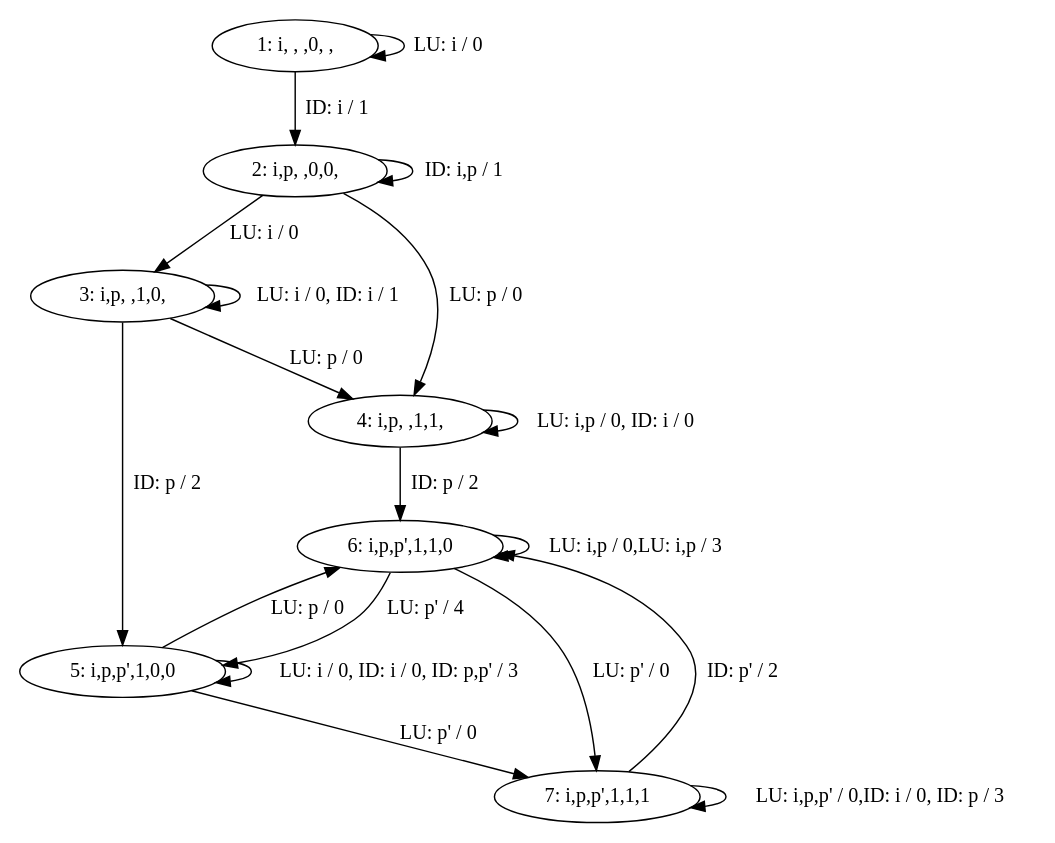
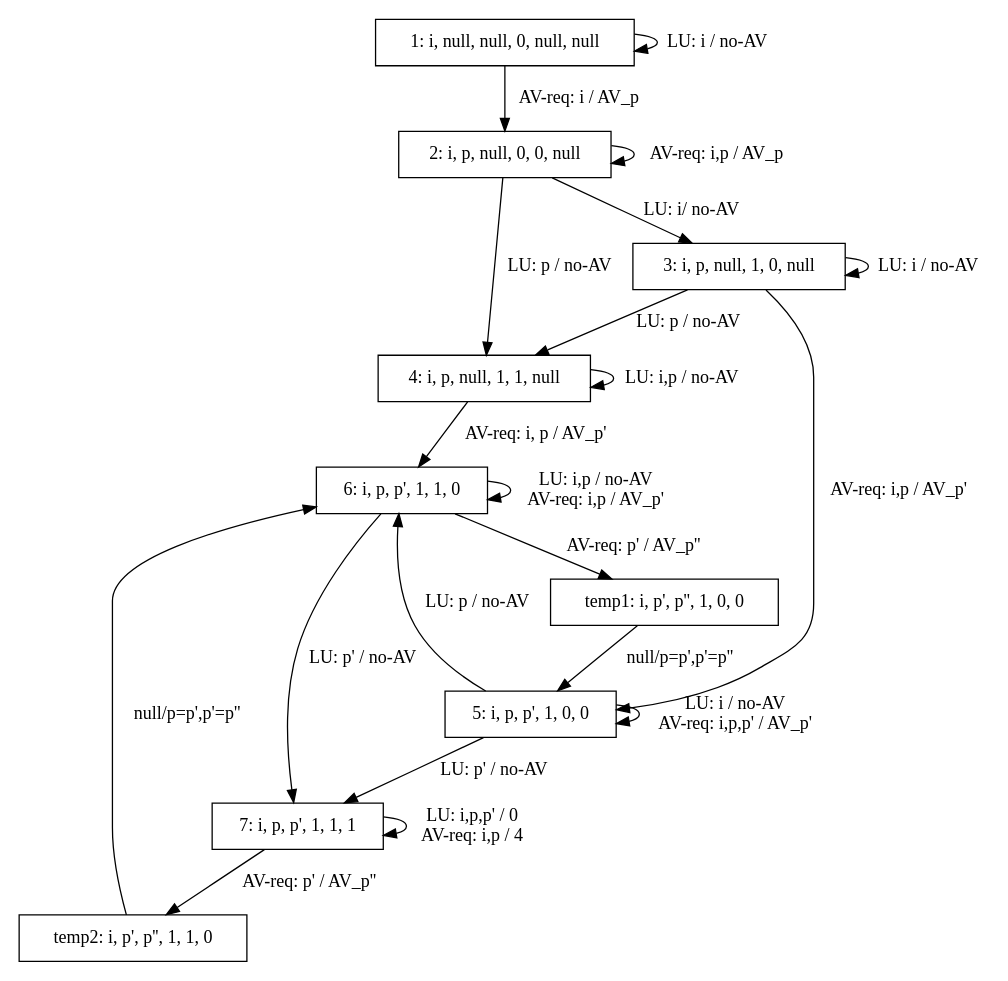
The diagram in NDSS/drawing/HN_diagram.gv (mdmohsinalikhan/5G), drawn with Graphviz before and after one commit. The commit also changed 16 other files, not shown here.

```diff
--- a/NDSS/drawing/HN_diagram.gv
+++ b/NDSS/drawing/HN_diagram.gv
@@ -1,57 +1,65 @@
 digraph HN_states {
-size = "9,6"
-1 [shape = oval, label = "1: i, , ,0, , "]
-2 [shape = oval, label = "2: i,p, ,0,0, "]
-3 [shape = oval, label = "3: i,p, ,1,0, "]
-4 [shape = oval, label = "4: i,p, ,1,1, "]
-5 [shape = oval, label = "5: i,p,p',1,0,0"]
-6 [shape = oval, label = "6: i,p,p',1,1,0"]
-7 [shape = oval, label = "7: i,p,p',1,1,1"]
+size = "9,7"
+1 [shape = rectangle, label = "1: i, null, null, 0, null, null"]
+2 [shape = rectangle, label = "2: i, p, null, 0, 0, null"]
+3 [shape = rectangle, label = "3: i, p, null, 1, 0, null"]
+4 [shape = rectangle, label = "4: i, p, null, 1, 1, null"]
+5 [shape = rectangle, label = "5: i, p, p', 1, 0, 0"]
+temp1 [shape = rectangle, label = "temp1: i, p', p'', 1, 0, 0"]
+6 [shape = rectangle, label = "6: i, p, p', 1, 1, 0"]
+temp2 [shape = rectangle, label = "temp2: i, p', p'', 1, 1, 0"]
+7 [shape = rectangle, label = "7: i, p, p', 1, 1, 1"]
 
-1 -> 2 [label = " ID: i / 1"]
-1 -> 1 [label = " LU: i / 0"]
+1 -> 2 [label = " AV-req: i / AV_p"]
+1 -> 1 [label = " LU: i / no-AV"]
 
 
-2 -> 3 [label = " LU: i / 0"]
-2 -> 4 [label = " LU: p / 0"]
-2 -> 2 [label = " ID: i,p / 1"]
+2 -> 3 [label = " LU: i/ no-AV"]
+2 -> 4 [label = " LU: p / no-AV"]
+2 -> 2 [label = " AV-req: i,p / AV_p"]
 
-3 -> 3 [label = " LU: i / 0, ID: i / 1"]
-3 -> 4 [label = " LU: p / 0"]
-3 -> 5 [label = " ID: p / 2"]
+3 -> 3 [label = " LU: i / no-AV"]
+3 -> 4 [label = " LU: p / no-AV"]
+3 -> 5 [label = " AV-req: i,p / AV_p'"]
 
-4 -> 4 [label = " LU: i,p / 0, ID: i / 0"]
-4 -> 6 [label = " ID: p / 2"]
+4 -> 4 [label = " LU: i,p / no-AV"]
+4 -> 6 [label = " AV-req: i, p / AV_p'"]
 
 
-5 -> 5 [label = " LU: i / 0, ID: i / 0, ID: p,p' / 3"]
-5 -> 6 [label = " LU: p / 0"]
-5 -> 7 [label = " LU: p' / 0"]
+5 -> 5 [label = " LU: i / no-AV \n AV-req: i,p,p' / AV_p'"]
+5 -> 6 [label = " LU: p / no-AV"]
+5 -> 7 [label = " LU: p' / no-AV"]
 
 
-6 -> 6 [label = " LU: i,p / 0,LU: i,p / 3"]
-6 -> 7 [label = " LU: p' / 0"]
-6 -> 5 [label = " LU: p' / 4"]
+6 -> 6 [label = " LU: i,p / no-AV \n AV-req: i,p / AV_p'"]
+6 -> 7 [label = " LU: p' / no-AV"]
+6 -> temp1 [label = " AV-req: p' / AV_p''"]
+temp1 -> 5 [label = " null/p=p',p'=p''"]
 
 
-7 -> 7 [label = " LU: i,p,p' / 0,ID: i / 0, ID: p / 3"]
-7 -> 6 [label = " ID: p' / 2"]
+7 -> 7 [label = " LU: i,p,p' / 0 \n AV-req: i,p / 4"]
+7 -> temp2 [label = " AV-req: p' / AV_p''"]
+temp2 -> 6 [label = " null/p=p',p'=p''"]
+
+
+
 }
 
 /*
 
 action codes:
 0: do nothing
+1* : do not generate a new pseudonym, embed existing p in and AV and send to the respective SN
 1: generate a new pseudonym p_new, set p = p_new. embed p_new in an AV and send to the respective SN
 2: generate a new pseudonym p_new, set p' = p_new, embed p_new in an AV and send to the respective SN
 3: Do not generate any new pseudonym. embed the existing p' in an AV and send to the respective SN
 4: gnerate a new pseudonym p_new. Set p = p' and P' = p_new. embed p_new in an AV and send to the respective SN
 
 a -> b -> c;
-b -> d;
+b -> d; 
 a [shape=polygon,sides=5,peripheries=3,color=lightblue,style=filled];
 c [shape=polygon,sides=4,skew=.4,label="hello world"]
 d [shape=invtriangle];
 e [shape=polygon,sides=4,distortion=.7];
 
 */
```
